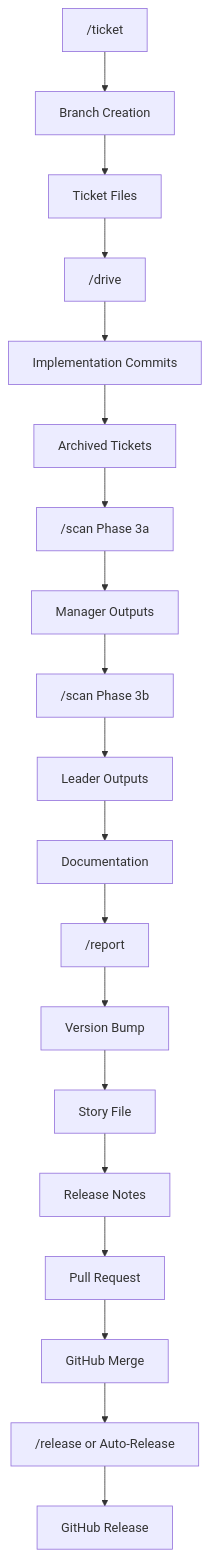
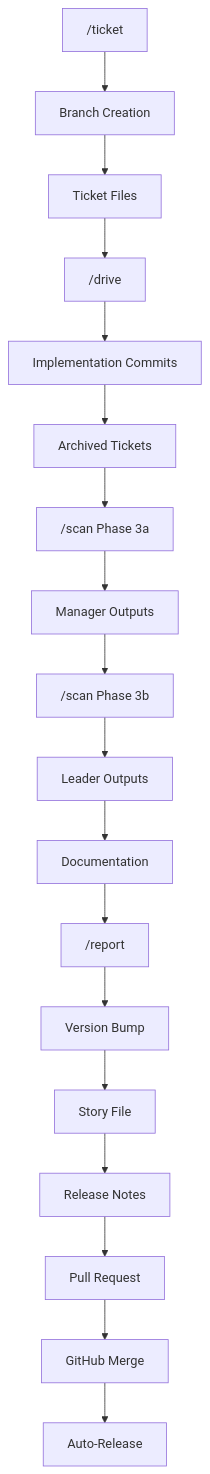
One commit to qmu/workaholic changed the seventh of 8 diagrams in .workaholic/specs/feature.md. Above: the diagram before and after it, drawn with Mermaid. The commit also changed other lines of this file and 57 other files, not shown here.

````diff
--- a/.workaholic/specs/feature.md
+++ b/.workaholic/specs/feature.md
@@ -372,21 +463,20 @@
 ```mermaid
 flowchart TD
     A["/ticket"] --> B[Branch Creation]
     B --> C[Ticket Files]
     C --> D["/drive"]
     D --> E[Implementation Commits]
     E --> F[Archived Tickets]
     F --> G["/scan Phase 3a"]
     G --> H[Manager Outputs]
     H --> I["/scan Phase 3b"]
     I --> J[Leader Outputs]
     J --> K[Documentation]
     K --> L["/report"]
     L --> M[Version Bump]
     M --> N[Story File]
     N --> O[Release Notes]
     O --> P[Pull Request]
     P --> Q[GitHub Merge]
-    Q --> R["/release" or Auto-Release]
-    R --> S[GitHub Release]
+    Q --> R["Auto-Release"]
 ```
````
